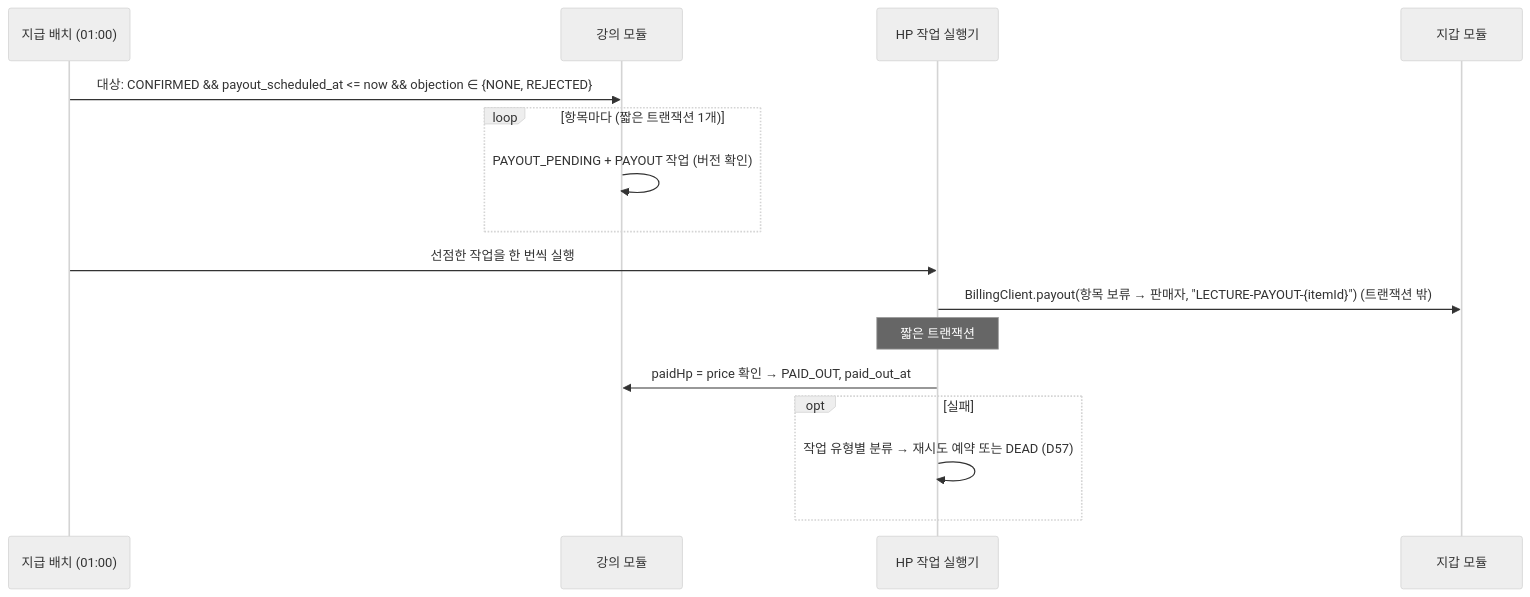
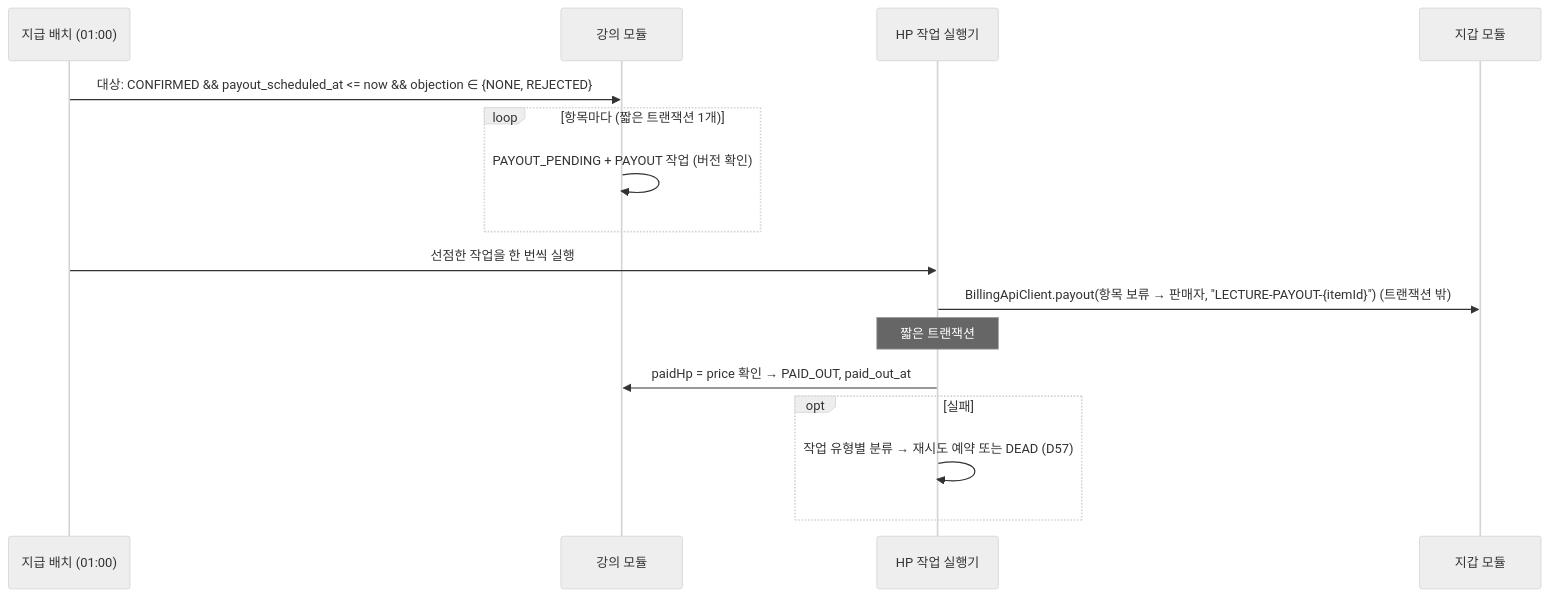
One commit to prgrms-be-adv-devcourse/beadv8_8_LMS_BE changed the seventh of 9 diagrams in docs/design/lecture-module.md. Above: the diagram before and after it, drawn with Mermaid (neutral theme). The commit also changed other lines of this file, not shown here.

````diff
--- a/docs/design/lecture-module.md
+++ b/docs/design/lecture-module.md
@@ -588,18 +594,18 @@
 ```mermaid
 sequenceDiagram
     participant SCH as 지급 배치 (01:00)
     participant LEC as 강의 모듈
     participant TASK as HP 작업 실행기
     participant WAL as 지갑 모듈
     SCH->>LEC: 대상: CONFIRMED && payout_scheduled_at <= now && objection ∈ {NONE, REJECTED}
     loop 항목마다 (짧은 트랜잭션 1개)
         LEC->>LEC: PAYOUT_PENDING + PAYOUT 작업 (버전 확인)
     end
     SCH->>TASK: 선점한 작업을 한 번씩 실행
-    TASK->>WAL: BillingClient.payout(항목 보류 → 판매자, "LECTURE-PAYOUT-{itemId}") (트랜잭션 밖)
+    TASK->>WAL: BillingApiClient.payout(항목 보류 → 판매자, "LECTURE-PAYOUT-{itemId}") (트랜잭션 밖)
     Note over TASK: 짧은 트랜잭션
     TASK->>LEC: paidHp = price 확인 → PAID_OUT, paid_out_at
     opt 실패
         TASK->>TASK: 작업 유형별 분류 → 재시도 예약 또는 DEAD (D57)
     end
 ```
````
